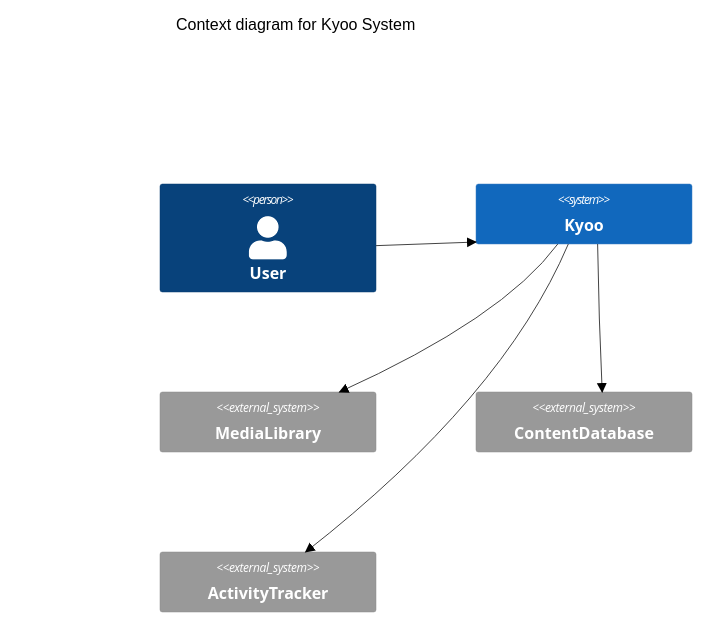
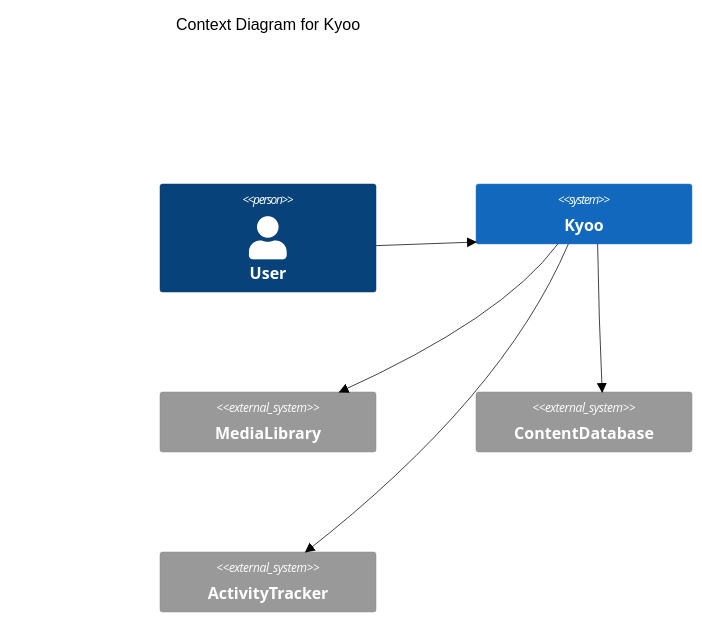
The second of 8 diagrams in DIAGRAMS.md (zoriya/Kyoo), drawn with Mermaid (forest theme) before and after one commit. The commit also changed other lines of this file, not shown here.

````diff
--- a/DIAGRAMS.md
+++ b/DIAGRAMS.md
@@ -72,17 +72,17 @@
 ```mermaid
-    C4Context
+C4Context
+  UpdateLayoutConfig($c4ShapeInRow="2", $c4BoundaryInRow="2")  
+  
+  title Context Diagram for Kyoo
+  
+  Person(user, "User")
+  System(kyoo, "Kyoo", "")
+  System_Ext(media, "MediaLibrary", "")
+  System_Ext(content, "ContentDatabase", "")
+  System_Ext(tracker, "ActivityTracker", "")
 
-      title Context diagram for Kyoo System
-      Person(user, "User")
-
-      System(kyoo, "Kyoo", "")
-      System_Ext(media, "MediaLibrary", "")
-      System_Ext(content, "ContentDatabase", "")
-      System_Ext(tracker, "ActivityTracker", "")
-
-      Rel(user, kyoo, "")
-      Rel(kyoo, content, "")
-      Rel(kyoo, media, "")
-      Rel(kyoo, tracker, "")
-    UpdateLayoutConfig($c4ShapeInRow="2", $c4BoundaryInRow="2")
+  Rel(user, kyoo, "")
+  Rel(kyoo, content, "")
+  Rel(kyoo, media, "")
+  Rel(kyoo, tracker, "")
 ```
````
